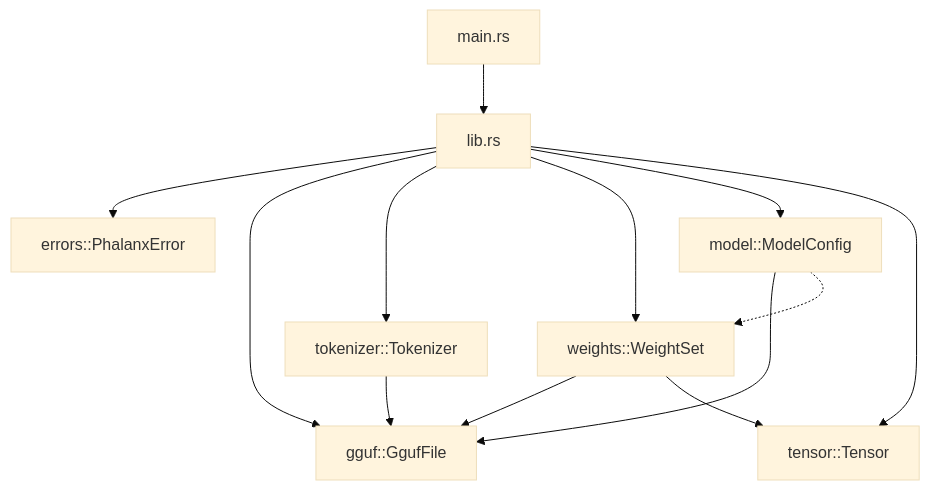
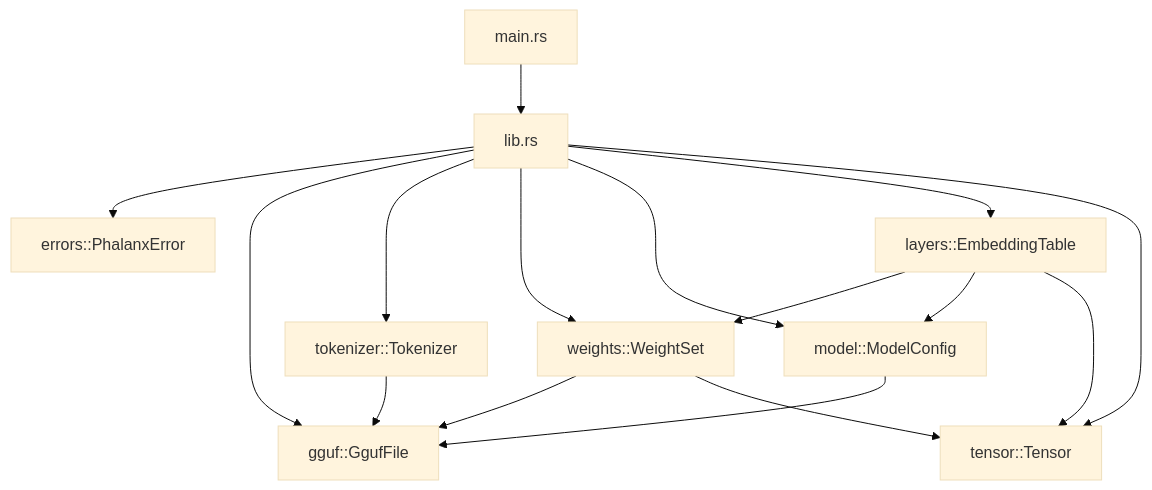
Before and after one commit to 404khai/phalanx: the first of 2 diagrams in runtime/docs/architecture.md, drawn with Mermaid (base theme). The commit also changed other lines of this file and 14 other files, not shown here.

First line of the commit message:
feat(layers): add token embedding gather from GGUF weights

````diff
--- a/runtime/docs/architecture.md
+++ b/runtime/docs/architecture.md
@@ -15,24 +15,28 @@
 ```mermaid
 flowchart TB
     main["main.rs"]
     lib["lib.rs"]
     errors["errors::PhalanxError"]
     gguf["gguf::GgufFile"]
     tok["tokenizer::Tokenizer"]
     weights["weights::WeightSet"]
     model["model::ModelConfig"]
+    layers["layers::EmbeddingTable"]
     tensor["tensor::Tensor"]
 
     main --> lib
     lib --> errors
     lib --> gguf
     lib --> tok
     lib --> weights
     lib --> model
+    lib --> layers
     lib --> tensor
     tok --> gguf
     weights --> gguf
     model --> gguf
+    layers --> weights
+    layers --> model
+    layers --> tensor
     weights --> tensor
-    model -.-> weights
 ```
````
